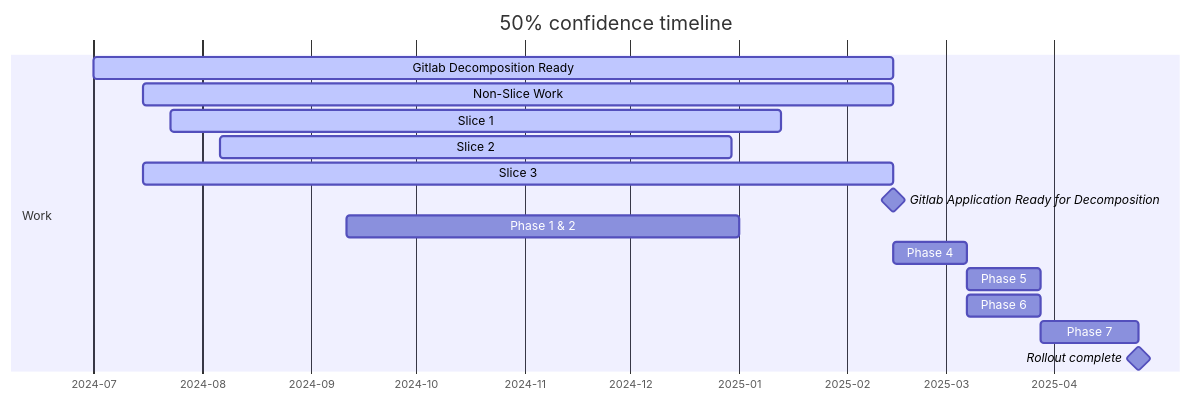
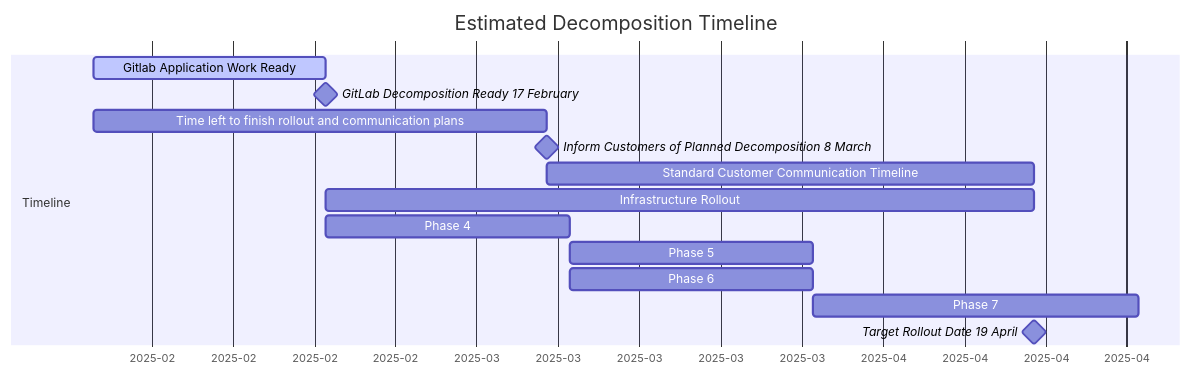
One commit to zalyoung/gitlab-handbook changed the diagram in content/handbook/company/working-groups/secure-govern-database-decomposition/_index.md. Above: the diagram before and after it, drawn with Mermaid. The commit also changed other lines of this file, not shown here.

Commit message:
Sec DB decomposition WG progress update

````diff
--- a/content/handbook/company/working-groups/secure-govern-database-decomposition/_index.md
+++ b/content/handbook/company/working-groups/secure-govern-database-decomposition/_index.md
@@ -99,20 +99,20 @@
 ```mermaid
 gantt
 dateFormat YYYY-MM-DD
-title 50% confidence timeline
+title Estimated Decomposition Timeline
 
-section Work
-Gitlab Decomposition Ready :active , decompose, 2024-07-01, 2025-02-14
-Non-Slice Work :active, nonslicework, 2024-07-15, 2025-02-14
-Slice 1 :active, slice1, 2024-07-23, 2025-01-13
-Slice 2 :active, slice2, 2024-08-06, 2024-12-30
-Slice 3 :active, slice3, 2024-07-15, 2025-02-14
-Gitlab Application Ready for Decomposition :milestone, allslices, after slice1 slice2 slice3 nonslicework, 0d
-Phase 1 & 2 : phase12, 2024-09-11, 16w
-Phase 4 : phase4, after allslices phase3 decompose, 3w
+section Timeline
+Gitlab Application Work Ready :active, decompose, 2025-01-28, 2025-02-17
+GitLab Decomposition Ready 17 February :milestone, rolloutready, after decompose, 0d
+Time left to finish rollout and communication plans :readycomms, 2025-01-28, 2025-03-08
+Inform Customers of Planned Decomposition 8 March :milestone, communicate, 2025-03-08, 0d
+Standard Customer Communication Timeline :comms, 2025-03-8, 6w
+Infrastructure Rollout :inf, after decompose, 2025-04-19
+Phase 4 : phase4, after decompose, 3w
 Phase 5 : phase5, after phase4, 3w
 Phase 6 : phase6, after phase4, 3w
 Phase 7 : phase7, after phase6, 4w
-Rollout complete :milestone, rollout, after phase7, 0d
+Target Rollout Date 19 April :milestone, rollout, 2025-04-19, 0d
 axisFormat  %Y-%m
+
 ```
````
